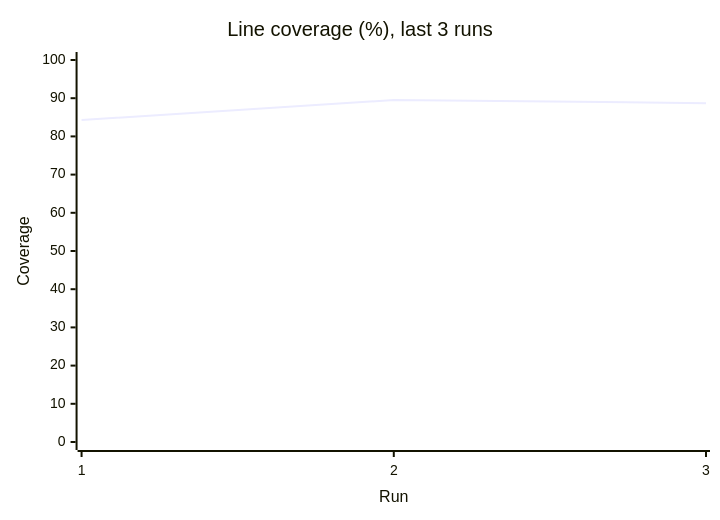
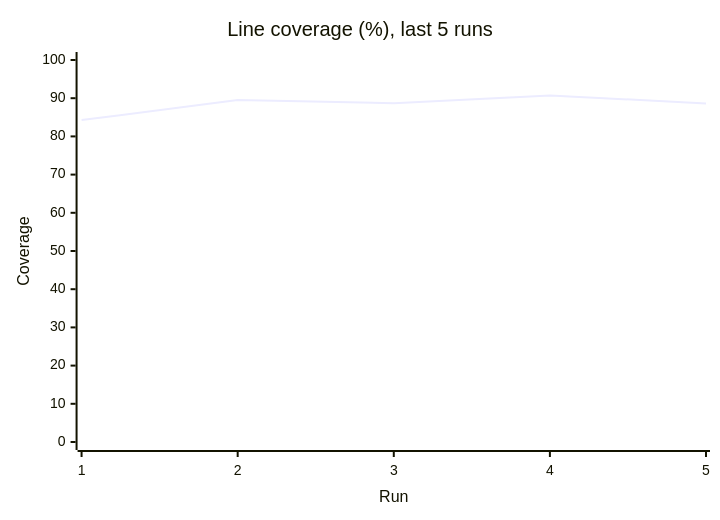
The third of 3 diagrams in reports/summary.md (Shirojoufu/Flaky-Test-Lab), drawn with Mermaid before and after one commit. The commit also changed other lines of this file and 7 other files, not shown here.

````diff
--- a/reports/summary.md
+++ b/reports/summary.md
@@ -50,7 +58,7 @@
 ```mermaid
 xychart-beta
-    title "Line coverage (%), last 3 runs"
-    x-axis "Run" [1, 2, 3]
+    title "Line coverage (%), last 5 runs"
+    x-axis "Run" [1, 2, 3, 4, 5]
     y-axis "Coverage" 0 --> 100
-    line [84.27, 89.52, 88.71]
+    line [84.27, 89.52, 88.71, 90.73, 88.61]
 ```
````
